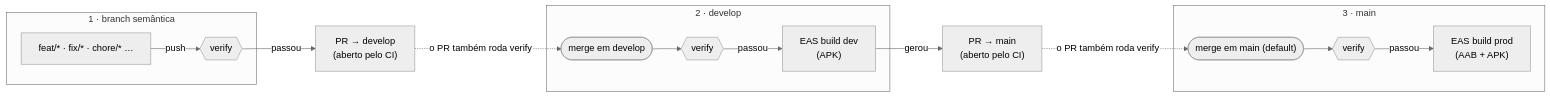
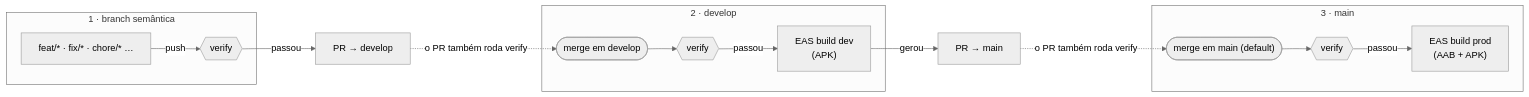
The second of 2 diagrams in README.md (gh-johnny/uni-year3-mobile-sprint3), drawn with Mermaid (neutral theme) before and after one commit. The commit also changed other lines of this file and 33 other files, not shown here.

````diff
--- a/README.md
+++ b/README.md
@@ -354,18 +392,18 @@
 ```mermaid
 flowchart LR
   subgraph S1["1 · branch semântica"]
     A["feat/* · fix/* · chore/* …"] -->|push| V1{{"verify"}}
   end
-  V1 -->|passou| PR1["PR → develop<br/>(aberto pelo CI)"]
+  V1 -->|passou| PR1["PR → develop"]
   PR1 -.->|"o PR também roda verify"| M1(["merge em develop"])
   subgraph S2["2 · develop"]
     M1 --> V2{{"verify"}}
     V2 -->|passou| B1["EAS build dev<br/>(APK)"]
   end
-  B1 -->|gerou| PR2["PR → main<br/>(aberto pelo CI)"]
+  B1 -->|gerou| PR2["PR → main"]
   PR2 -.->|"o PR também roda verify"| M2(["merge em main (default)"])
   subgraph S3["3 · main"]
     M2 --> V3{{"verify"}}
     V3 -->|passou| B2["EAS build prod<br/>(AAB + APK)"]
   end
 ```
````
